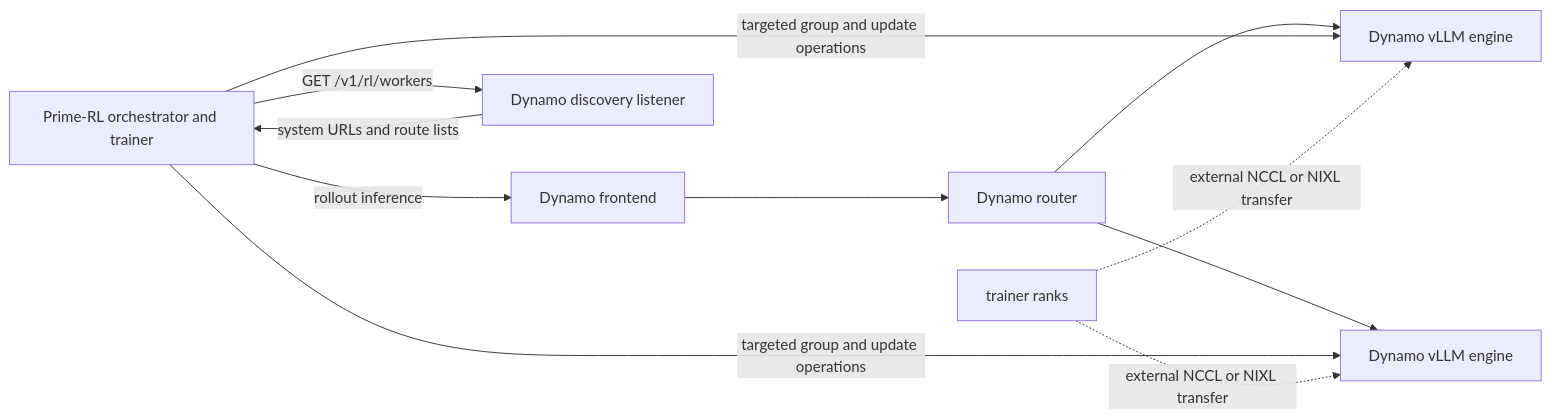
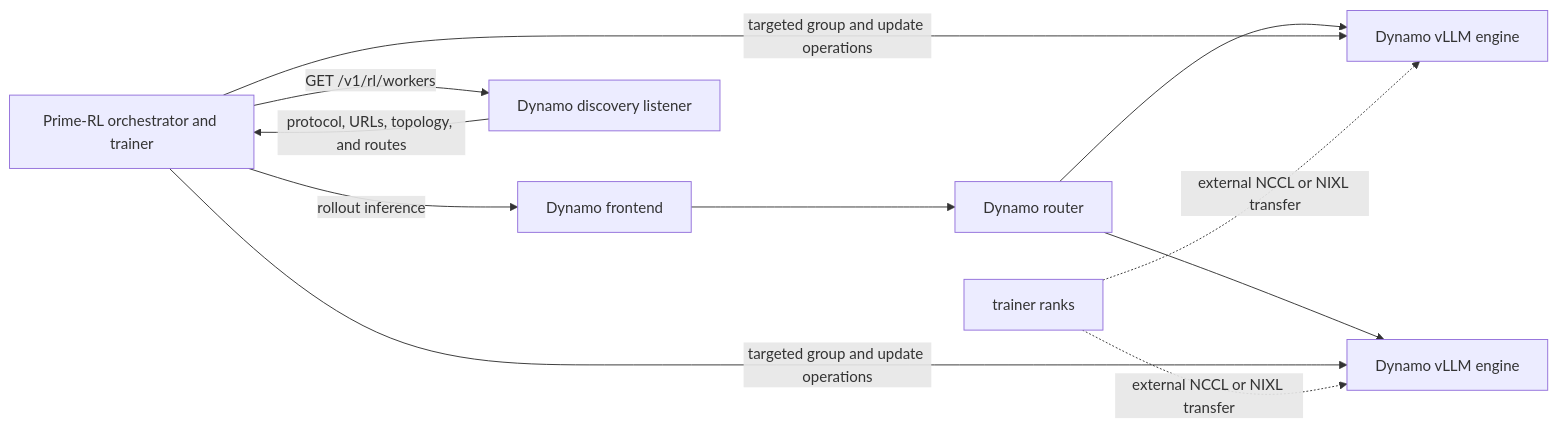
The diagram in docs/fern/pages/use-cases/reinforcement-learning/prime-rl.md (ai-dynamo/dynamo), drawn with Mermaid before and after one commit. The commit also changed other lines of this file and 7 other files, not shown here.

````diff
--- a/docs/fern/pages/use-cases/reinforcement-learning/prime-rl.md
+++ b/docs/fern/pages/use-cases/reinforcement-learning/prime-rl.md
@@ -23,13 +26,13 @@
 ```mermaid
 flowchart LR
     P["Prime-RL orchestrator and trainer"] -->|"rollout inference"| F["Dynamo frontend"]
     F --> R["Dynamo router"]
     R --> V1["Dynamo vLLM engine"]
     R --> V2["Dynamo vLLM engine"]
     P -->|"GET /v1/rl/workers"| D["Dynamo discovery listener"]
-    D -->|"system URLs and route lists"| P
+    D -->|"protocol, URLs, topology, and routes"| P
     P -->|"targeted group and update operations"| V1
     P -->|"targeted group and update operations"| V2
     T["trainer ranks"] -.->|"external NCCL or NIXL transfer"| V1
     T -.->|"external NCCL or NIXL transfer"| V2
 ```
````
